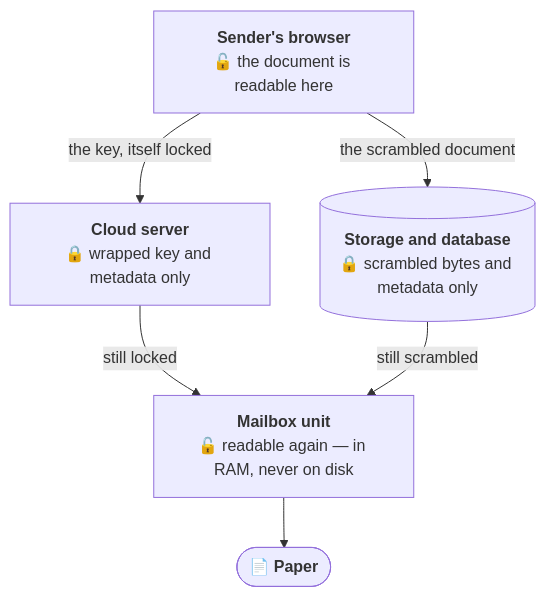
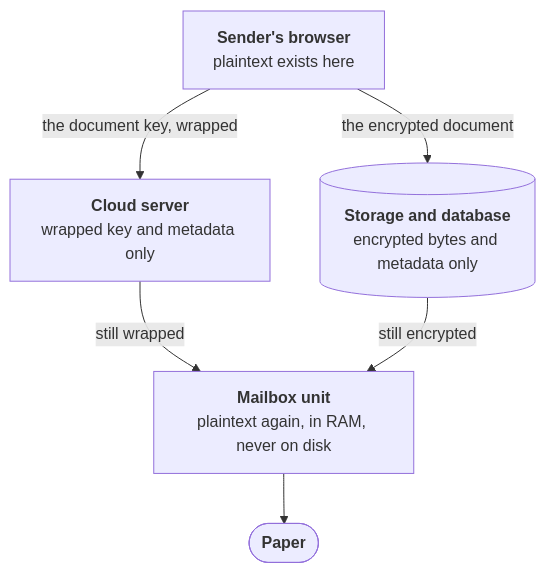
Before and after one commit to ameerbohio/automail: the first of 2 diagrams in README.md, drawn with Mermaid. The commit also changed other lines of this file, not shown here.

First line of the commit message:
Rewrite the README for skimmers and add the V2/V3 roadmap

````diff
--- a/README.md
+++ b/README.md
@@ -22,14 +31,14 @@
 ```mermaid
 flowchart TB
-    B["<b>Sender's browser</b><br/>🔓 the document is readable here"]
-    C["<b>Cloud server</b><br/>🔒 wrapped key and metadata only"]
-    S[("<b>Storage and database</b><br/>🔒 scrambled bytes and metadata only")]
-    M["<b>Mailbox unit</b><br/>🔓 readable again — in RAM, never on disk"]
-    P(["📄 <b>Paper</b>"])
+    B["<b>Sender's browser</b><br/>plaintext exists here"]
+    C["<b>Cloud server</b><br/>wrapped key and metadata only"]
+    S[("<b>Storage and database</b><br/>encrypted bytes and metadata only")]
+    M["<b>Mailbox unit</b><br/>plaintext again, in RAM, never on disk"]
+    P(["<b>Paper</b>"])
 
-    B -->|"the scrambled document"| S
-    B -->|"the key, itself locked"| C
-    C -->|"still locked"| M
-    S -->|"still scrambled"| M
+    B -->|"the encrypted document"| S
+    B -->|"the document key, wrapped"| C
+    C -->|"still wrapped"| M
+    S -->|"still encrypted"| M
     M --> P
 ```
````
